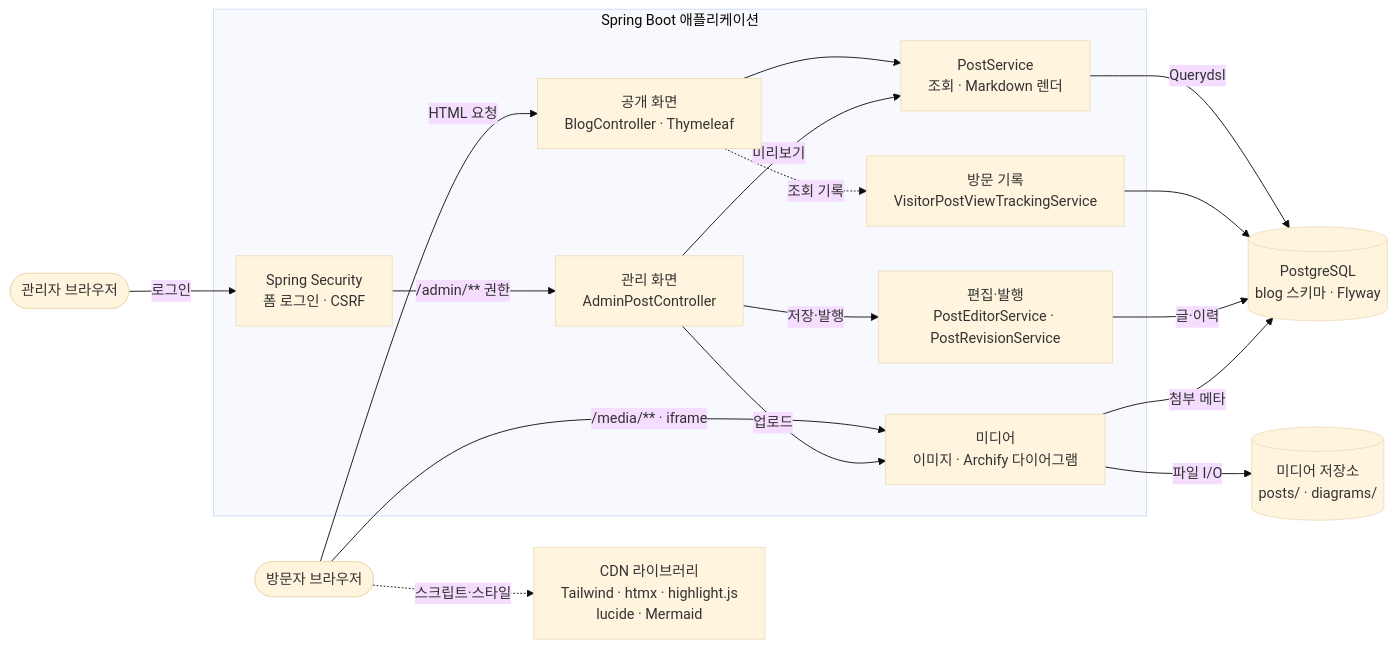
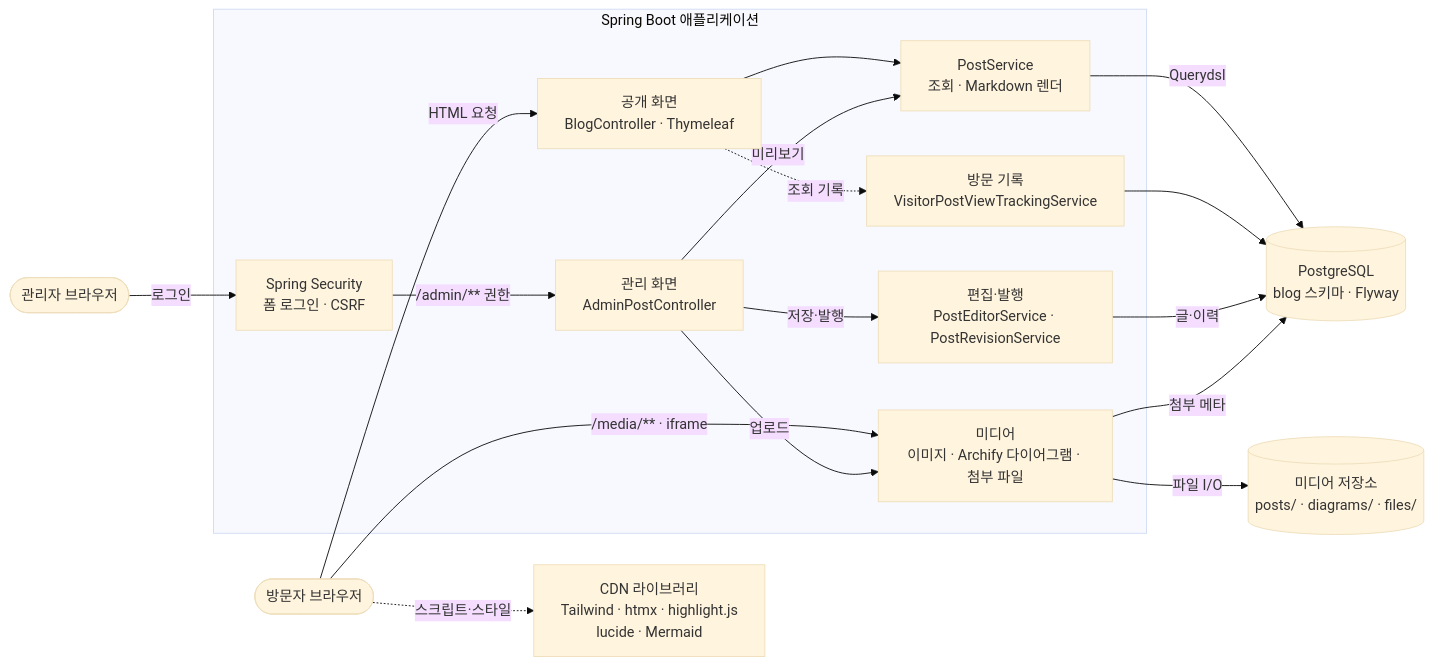
Before and after one commit to bansakdo/dean.p-Blog: the diagram in README.md, drawn with Mermaid (base theme). The commit also changed other lines of this file and 19 other files, not shown here.

````diff
--- a/README.md
+++ b/README.md
@@ -15,35 +15,35 @@
 ```mermaid
 flowchart LR
     visitor(["방문자 브라우저"])
     admin(["관리자 브라우저"])
     cdn["CDN 라이브러리<br/>Tailwind · htmx · highlight.js<br/>lucide · Mermaid"]
 
     subgraph app["Spring Boot 애플리케이션"]
         security["Spring Security<br/>폼 로그인 · CSRF"]
         blog["공개 화면<br/>BlogController · Thymeleaf"]
         adminCtrl["관리 화면<br/>AdminPostController"]
         visit["방문 기록<br/>VisitorPostViewTrackingService"]
         post["PostService<br/>조회 · Markdown 렌더"]
-        media["미디어<br/>이미지 · Archify 다이어그램"]
+        media["미디어<br/>이미지 · Archify 다이어그램 · 첨부 파일"]
         editor["편집·발행<br/>PostEditorService · PostRevisionService"]
     end
 
     db[("PostgreSQL<br/>blog 스키마 · Flyway")]
-    storage[("미디어 저장소<br/>posts/ · diagrams/")]
+    storage[("미디어 저장소<br/>posts/ · diagrams/ · files/")]
 
     visitor -->|"HTML 요청"| blog
     visitor -->|"/media/** · iframe"| media
     visitor -.->|"스크립트·스타일"| cdn
     blog --> post
     blog -.->|"조회 기록"| visit
     admin -->|"로그인"| security
     security -->|"/admin/** 권한"| adminCtrl
     adminCtrl -->|"저장·발행"| editor
     adminCtrl -->|"업로드"| media
     adminCtrl -->|"미리보기"| post
     post -->|"Querydsl"| db
     visit --> db
     editor -->|"글·이력"| db
     media -->|"첨부 메타"| db
     media -->|"파일 I/O"| storage
 ```
````
